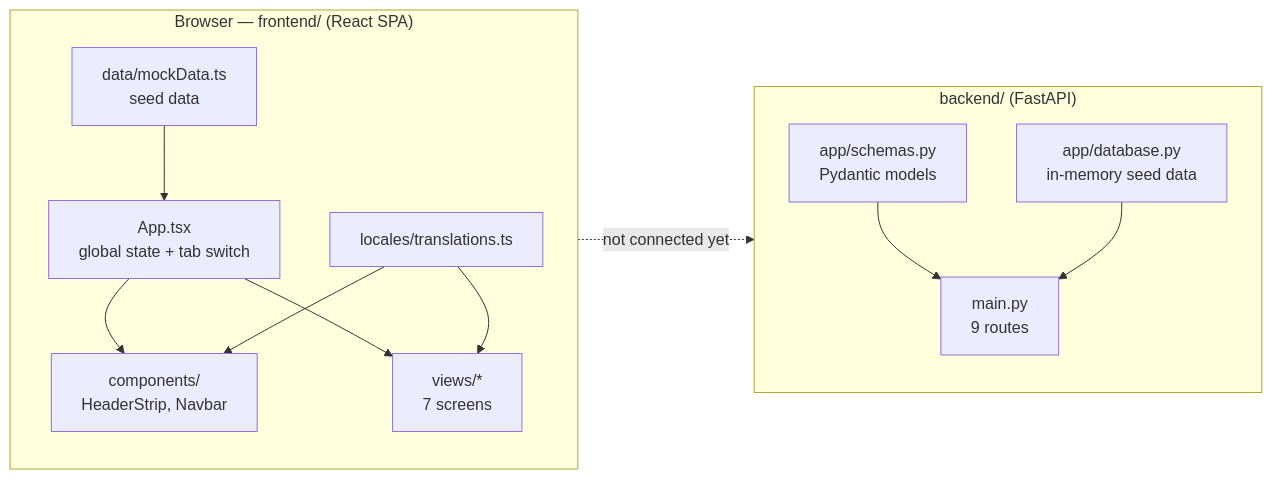
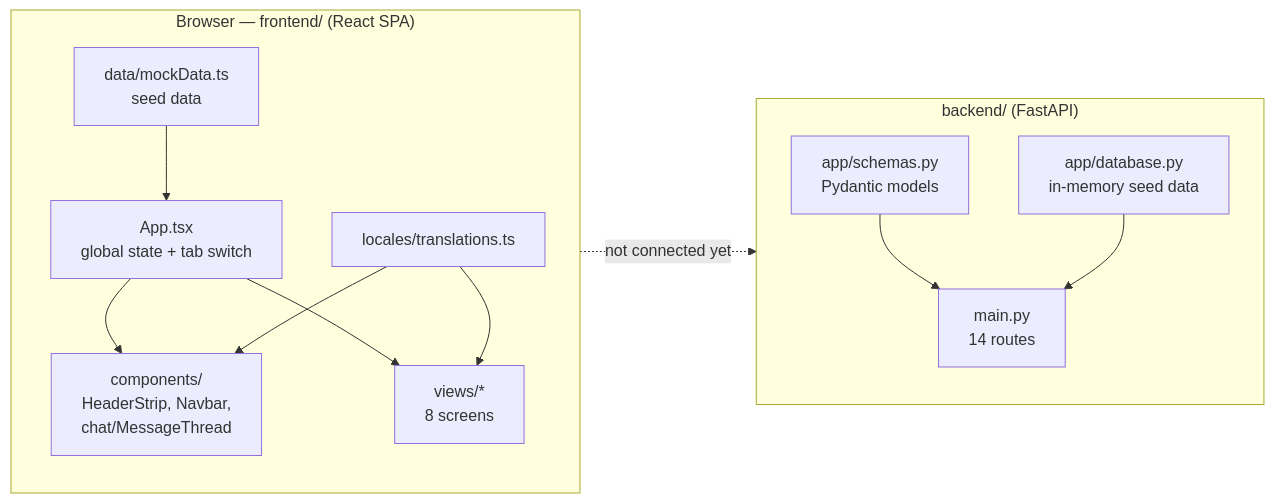
The first of 2 diagrams in docs/02-architecture.md (AsawariPawar0322/AICTE-NIVARAN), drawn with Mermaid before and after one commit. The commit also changed other lines of this file and 14 other files, not shown here.

````diff
--- a/docs/02-architecture.md
+++ b/docs/02-architecture.md
@@ -23,23 +23,23 @@
 ```mermaid
 flowchart LR
     subgraph Browser["Browser — frontend/ (React SPA)"]
         App["App.tsx<br/>global state + tab switch"]
         Mock["data/mockData.ts<br/>seed data"]
-        Views["views/*<br/>7 screens"]
-        Comp["components/<br/>HeaderStrip, Navbar"]
+        Views["views/*<br/>8 screens"]
+        Comp["components/<br/>HeaderStrip, Navbar,<br/>chat/MessageThread"]
         I18n["locales/translations.ts"]
         Mock --> App
         App --> Comp
         App --> Views
         I18n --> Comp
         I18n --> Views
     end
     subgraph Server["backend/ (FastAPI)"]
-        Main["main.py<br/>9 routes"]
+        Main["main.py<br/>14 routes"]
         Schemas["app/schemas.py<br/>Pydantic models"]
         DB["app/database.py<br/>in-memory seed data"]
         Schemas --> Main
         DB --> Main
     end
     Browser -. "not connected yet" .-> Server
 ```
````
